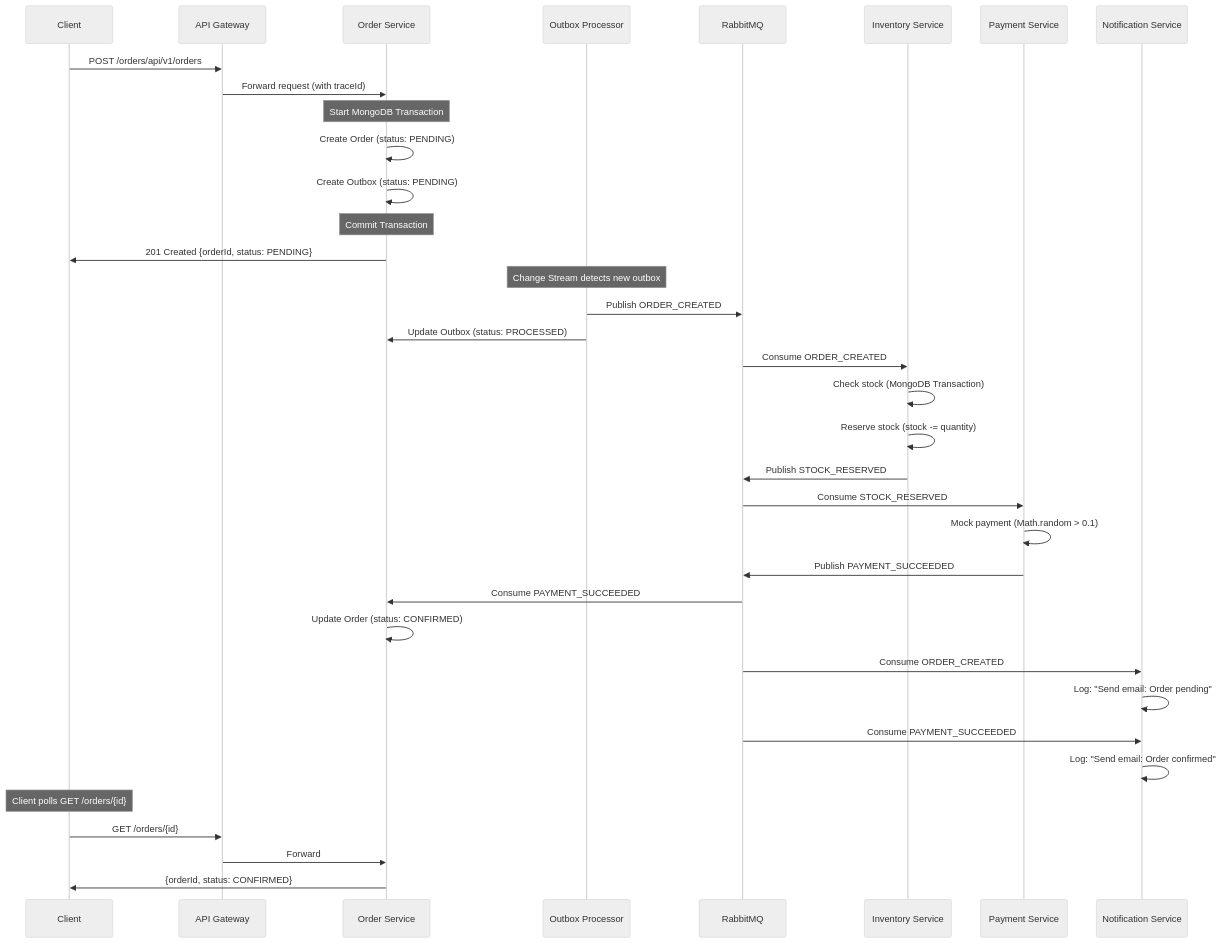
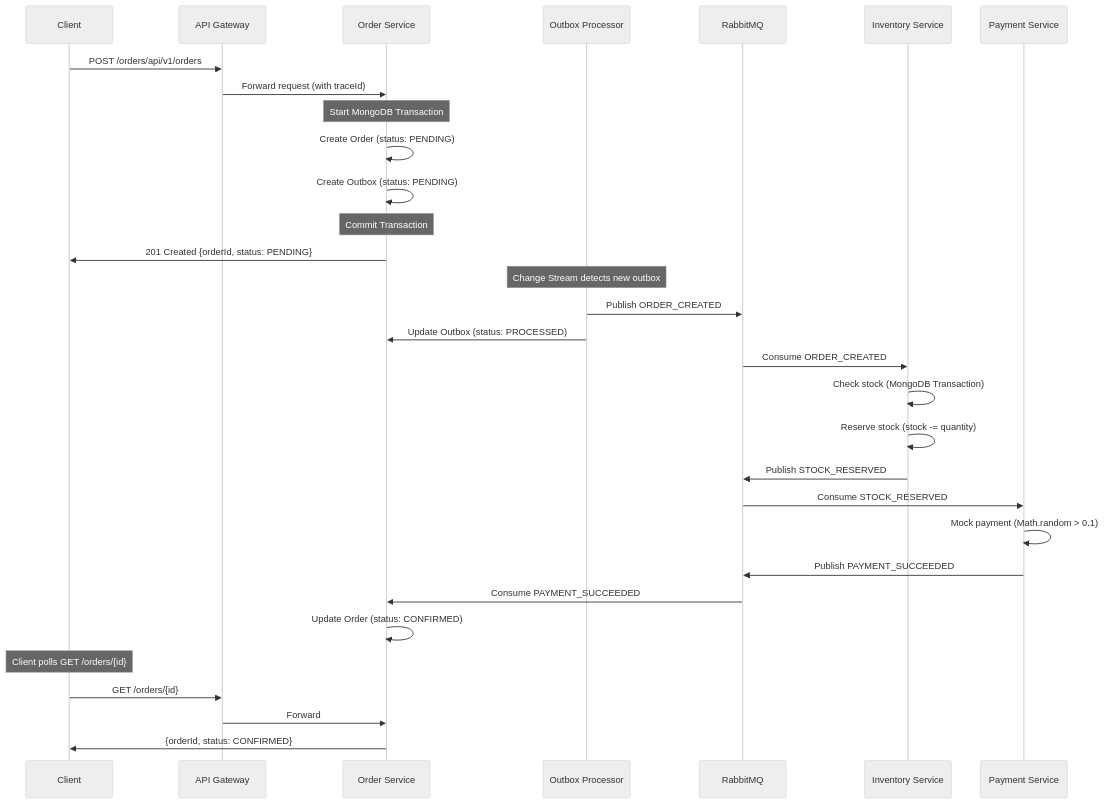
One commit to KinasTomes/em-project changed the first of 4 diagrams in docs/SAGA_FLOW_COMPLETE.md. Above: the diagram before and after it, drawn with Mermaid (neutral theme). The commit also changed other lines of this file and 3 other files, not shown here.

````diff
--- a/docs/SAGA_FLOW_COMPLETE.md
+++ b/docs/SAGA_FLOW_COMPLETE.md
@@ -78,48 +66,41 @@
 ```mermaid
 sequenceDiagram
     participant C as Client
     participant AG as API Gateway
     participant OS as Order Service
     participant OB as Outbox Processor
     participant RMQ as RabbitMQ
     participant IS as Inventory Service
     participant PS as Payment Service
-    participant NS as Notification Service
 
     C->>AG: POST /orders/api/v1/orders
     AG->>OS: Forward request (with traceId)
     
     Note over OS: Start MongoDB Transaction
     OS->>OS: Create Order (status: PENDING)
     OS->>OS: Create Outbox (status: PENDING)
     Note over OS: Commit Transaction
     
     OS->>C: 201 Created {orderId, status: PENDING}
     
     Note over OB: Change Stream detects new outbox
     OB->>RMQ: Publish ORDER_CREATED
     OB->>OS: Update Outbox (status: PROCESSED)
     
     RMQ->>IS: Consume ORDER_CREATED
     IS->>IS: Check stock (MongoDB Transaction)
     IS->>IS: Reserve stock (stock -= quantity)
     IS->>RMQ: Publish STOCK_RESERVED
     
     RMQ->>PS: Consume STOCK_RESERVED
     PS->>PS: Mock payment (Math.random > 0.1)
     PS->>RMQ: Publish PAYMENT_SUCCEEDED
     
     RMQ->>OS: Consume PAYMENT_SUCCEEDED
     OS->>OS: Update Order (status: CONFIRMED)
     
-    RMQ->>NS: Consume ORDER_CREATED
-    NS->>NS: Log: "Send email: Order pending"
-    
-    RMQ->>NS: Consume PAYMENT_SUCCEEDED
-    NS->>NS: Log: "Send email: Order confirmed"
-    
     Note over C: Client polls GET /orders/{id}
     C->>AG: GET /orders/{id}
     AG->>OS: Forward
     OS->>C: {orderId, status: CONFIRMED}
 ```
````
